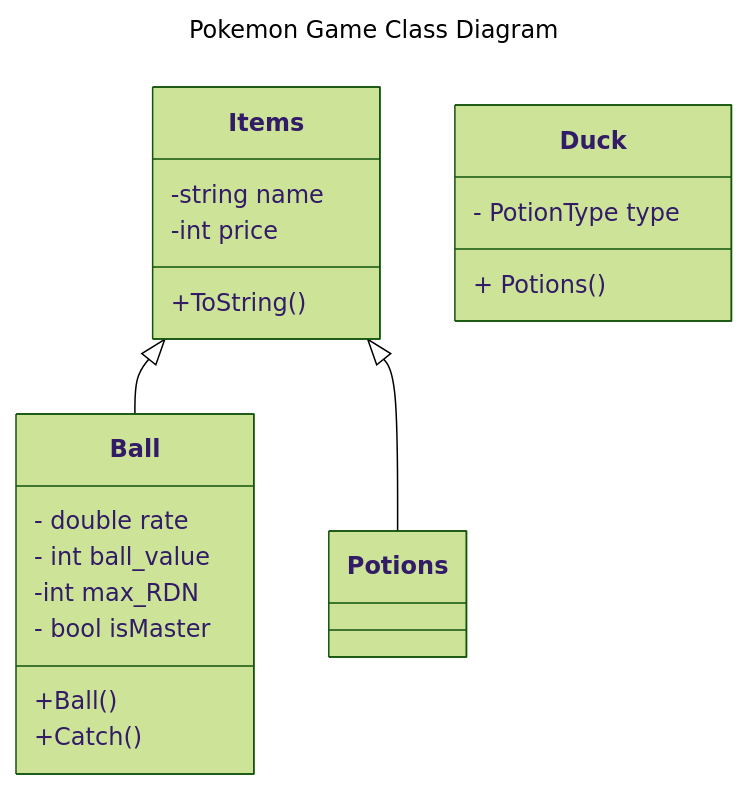
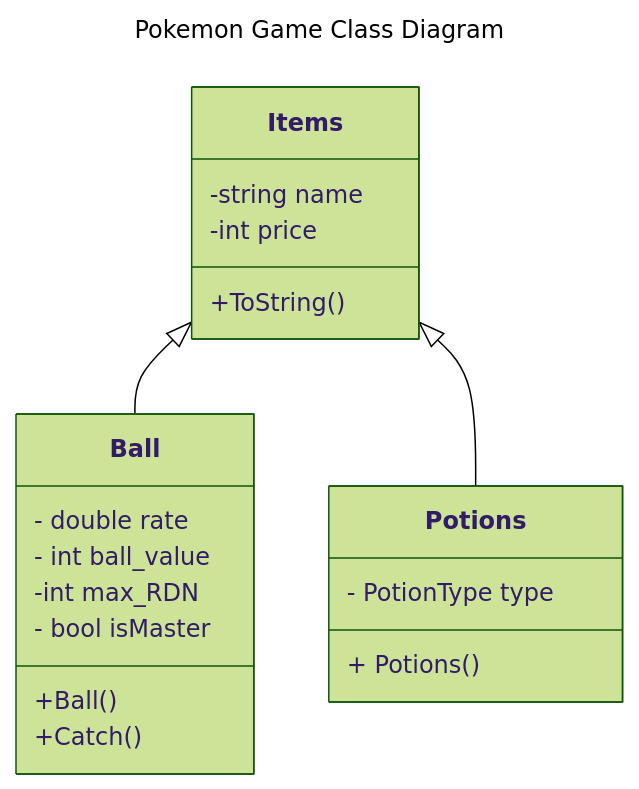
The diagram in README.md (jinxsu/TextBased-Pokemon), drawn with Mermaid (forest theme) before and after one commit.

````diff
--- a/README.md
+++ b/README.md
@@ -1,29 +1,29 @@
 ```mermaid
 ---
 title: Pokemon Game Class Diagram
 ---
 classDiagram
 Items<|-- Ball
 Items<|--Potions
 Items: -string name
 Items: -int price
 Items: +ToString()
 class Ball{
         - double rate
         - int ball_value
         -int max_RDN
         - bool isMaster
         +Ball()
         +Catch()
     }
-class Duck{
+class Potions{
        - PotionType type
        + Potions()
     }
 
 
 
 
 
 
 ```
````
